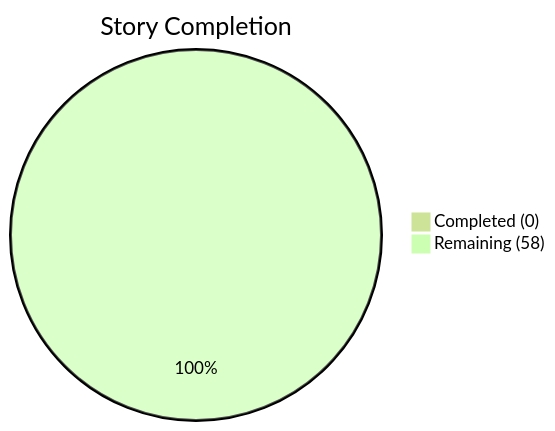
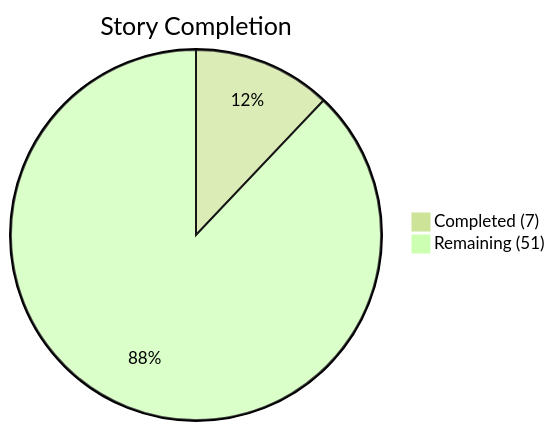
The first of 2 diagrams in docs/delivery/ROADMAP.md (artemsemdev/SeaRise-Europe), drawn with Mermaid (forest theme) before and after one commit. The commit also changed other lines of this file and 20 other files, not shown here.

````diff
--- a/docs/delivery/ROADMAP.md
+++ b/docs/delivery/ROADMAP.md
@@ -24,5 +24,5 @@
 ```mermaid
 pie title Story Completion
-    "Completed (0)" : 0
-    "Remaining (58)" : 58
+    "Completed (7)" : 7
+    "Remaining (51)" : 51
 ```
````
